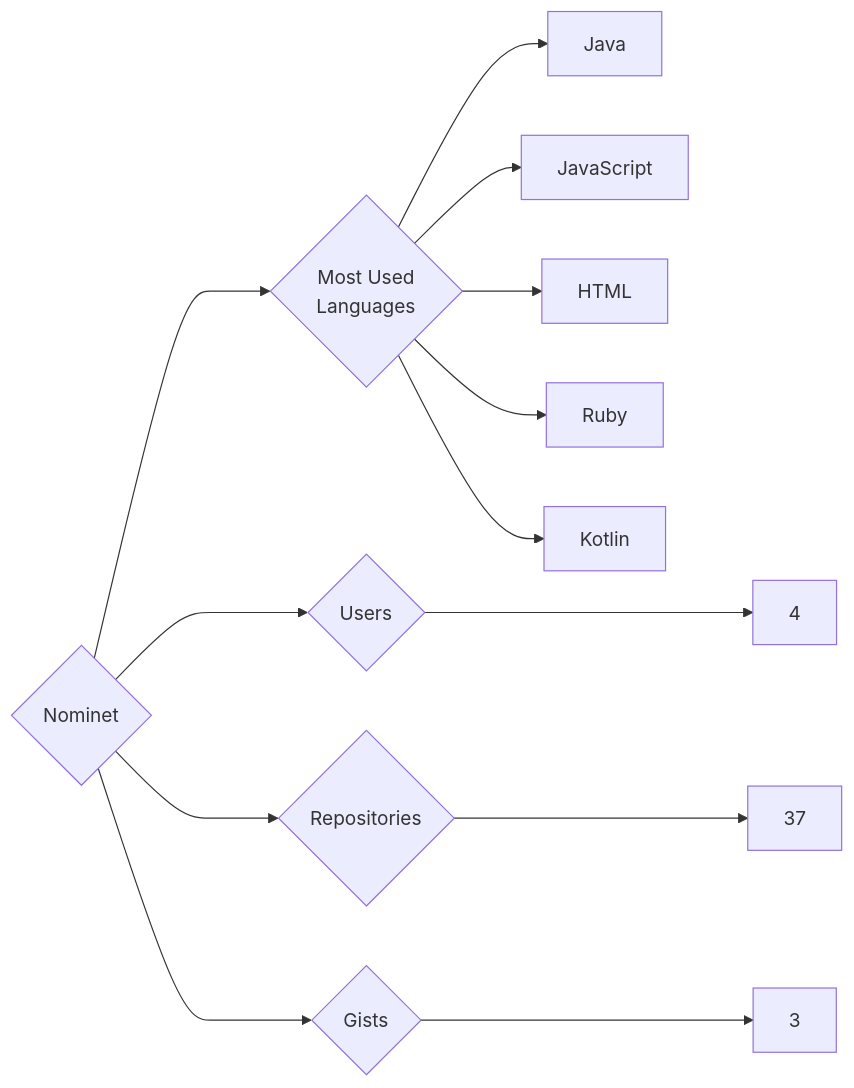
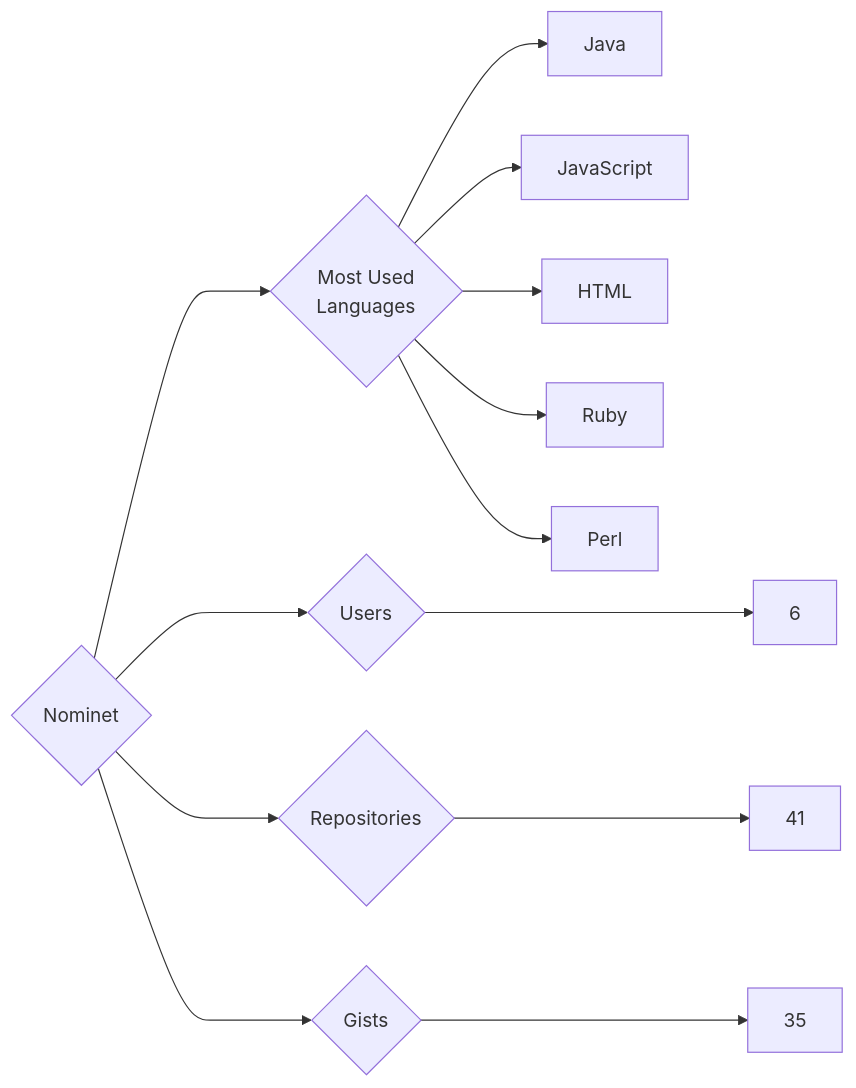
One commit to trickest/insiders changed the diagram in targets/Nominet/README.md. Above: the diagram before and after it, drawn with Mermaid. The commit also changed 1496 other files, not shown here.

````diff
--- a/targets/Nominet/README.md
+++ b/targets/Nominet/README.md
@@ -3,13 +3,13 @@
 ```mermaid
 graph LR
 COMPANY_NAME{Nominet}
-COMPANY_NAME ---> U{Users} ---> UN[4]
-COMPANY_NAME ---> R{Repositories} ---> RN[37]
-COMPANY_NAME ---> G{Gists} ---> GN[3]
+COMPANY_NAME ---> U{Users} ---> UN[6]
+COMPANY_NAME ---> R{Repositories} ---> RN[41]
+COMPANY_NAME ---> G{Gists} ---> GN[35]
 COMPANY_NAME ---> ML{Most Used<br>Languages}
 ML --> Java[Java]
 ML --> JavaScript[JavaScript]
 ML --> HTML[HTML]
 ML --> Ruby[Ruby]
-ML --> Kotlin[Kotlin]
+ML --> Perl[Perl]
 ```
````
